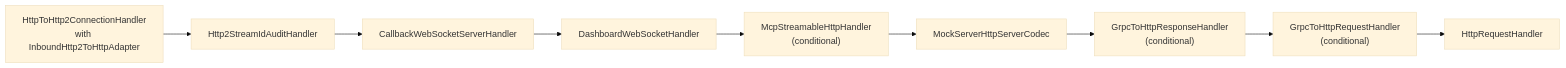
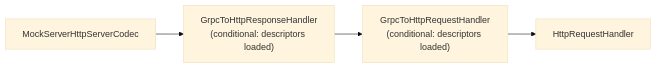
Before and after one commit to mock-server/mockserver-monorepo: the fifth of 18 diagrams in docs/code/netty-pipeline.md, drawn with Mermaid (base theme). The commit also changed other lines of this file and 10 other files, not shown here.

````diff
--- a/docs/code/netty-pipeline.md
+++ b/docs/code/netty-pipeline.md
@@ -287,11 +247,8 @@
 ```mermaid
 graph LR
-    H2C["HttpToHttp2ConnectionHandler\nwith InboundHttp2ToHttpAdapter"] --> AUDIT[Http2StreamIdAuditHandler]
-    AUDIT --> CB[CallbackWebSocketServerHandler]
-    CB --> DASH[DashboardWebSocketHandler]
-    DASH --> MCP["McpStreamableHttpHandler\n(conditional)"]
-    MCP --> CODEC[MockServerHttpServerCodec]
-    CODEC --> GRPC_RESP["GrpcToHttpResponseHandler\n(conditional)"]
-    GRPC_RESP --> GRPC_REQ["GrpcToHttpRequestHandler\n(conditional)"]
+    CODEC[MockServerHttpServerCodec] --> GRPC_RESP["GrpcToHttpResponseHandler
+(conditional: descriptors loaded)"]
+    GRPC_RESP --> GRPC_REQ["GrpcToHttpRequestHandler
+(conditional: descriptors loaded)"]
     GRPC_REQ --> HANDLER[HttpRequestHandler]
 ```
````
